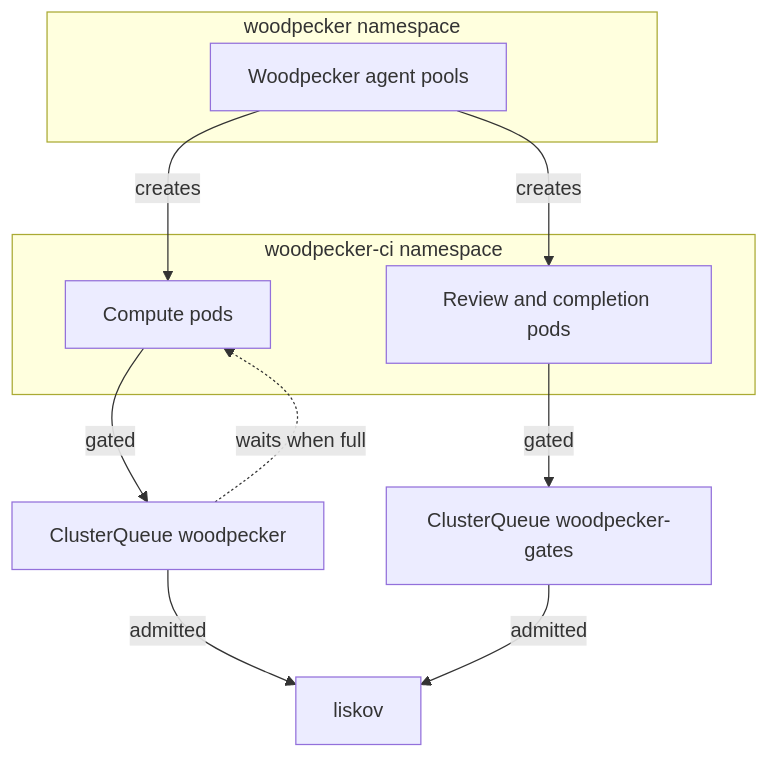
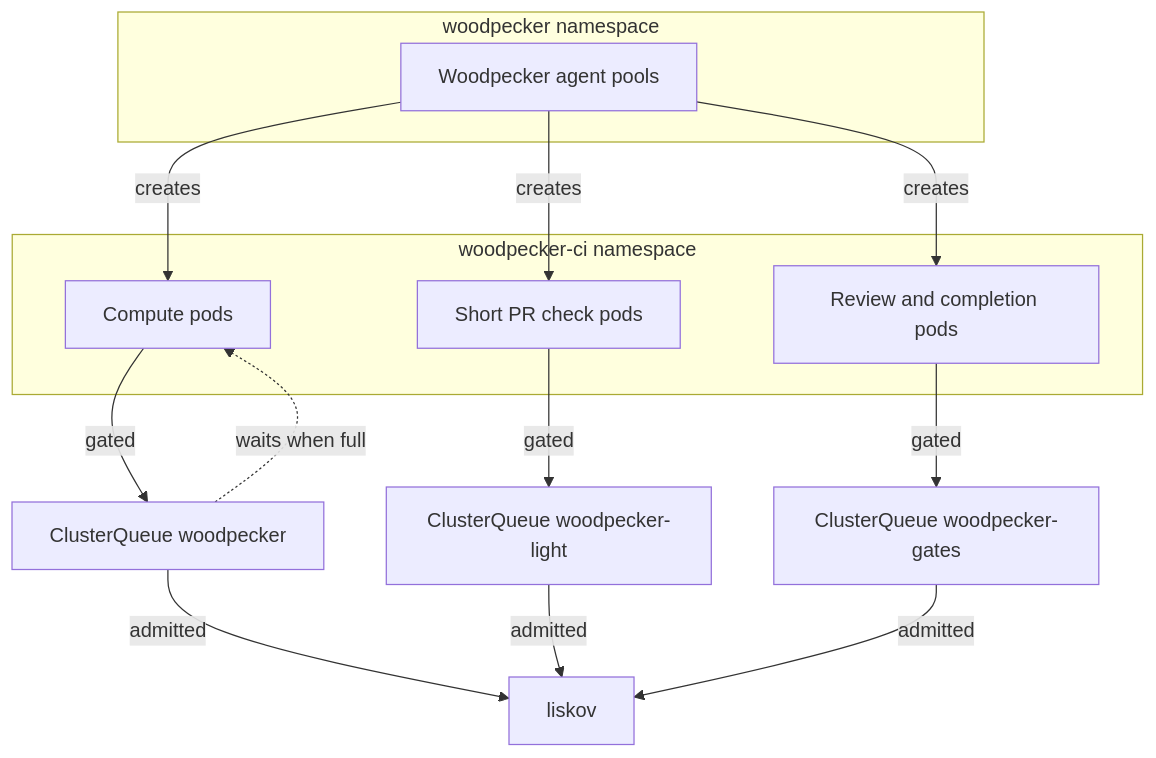
One commit to shepherdjerred/monorepo changed the diagram in packages/docs/wiki/src/content/docs/explanation/homelab/ci-admission.md. Above: the diagram before and after it, drawn with Mermaid. The commit also changed other lines of this file and 19 other files, not shown here.

````diff
--- a/packages/docs/wiki/src/content/docs/explanation/homelab/ci-admission.md
+++ b/packages/docs/wiki/src/content/docs/explanation/homelab/ci-admission.md
@@ -16,20 +18,24 @@
 ```mermaid
 flowchart TB
   accTitle: CI resource admission
-  accDescr: Woodpecker agents create pods in the woodpecker-ci namespace. Compute pods use the default queue, while review and completion pools use a separate gate reserve. Both queues admit pods onto liskov. The control plane lives in a namespace Kueue never touches.
+  accDescr: Woodpecker agents create pods in the woodpecker-ci namespace. Compute pods use the default queue, short service-free PR checks use a reserved light queue, and review and completion pools use a separate gate reserve. All three queues admit pods onto liskov. The control plane lives in a namespace Kueue never touches.
 
   subgraph CP[woodpecker namespace]
     WP[Woodpecker agent pools]
   end
   subgraph CI[woodpecker-ci namespace]
     POD[Compute pods]
+    LIGHT[Short PR check pods]
     GATE[Review and completion pods]
   end
   WP -->|creates| POD
+  WP -->|creates| LIGHT
   WP -->|creates| GATE
   POD -->|gated| CQ[ClusterQueue woodpecker]
+  LIGHT -->|gated| LQ[ClusterQueue woodpecker-light]
   GATE -->|gated| GQ[ClusterQueue woodpecker-gates]
   CQ -->|admitted| NODE[liskov]
+  LQ -->|admitted| NODE
   GQ -->|admitted| NODE
   CQ -.->|waits when full| POD
 ```
````
